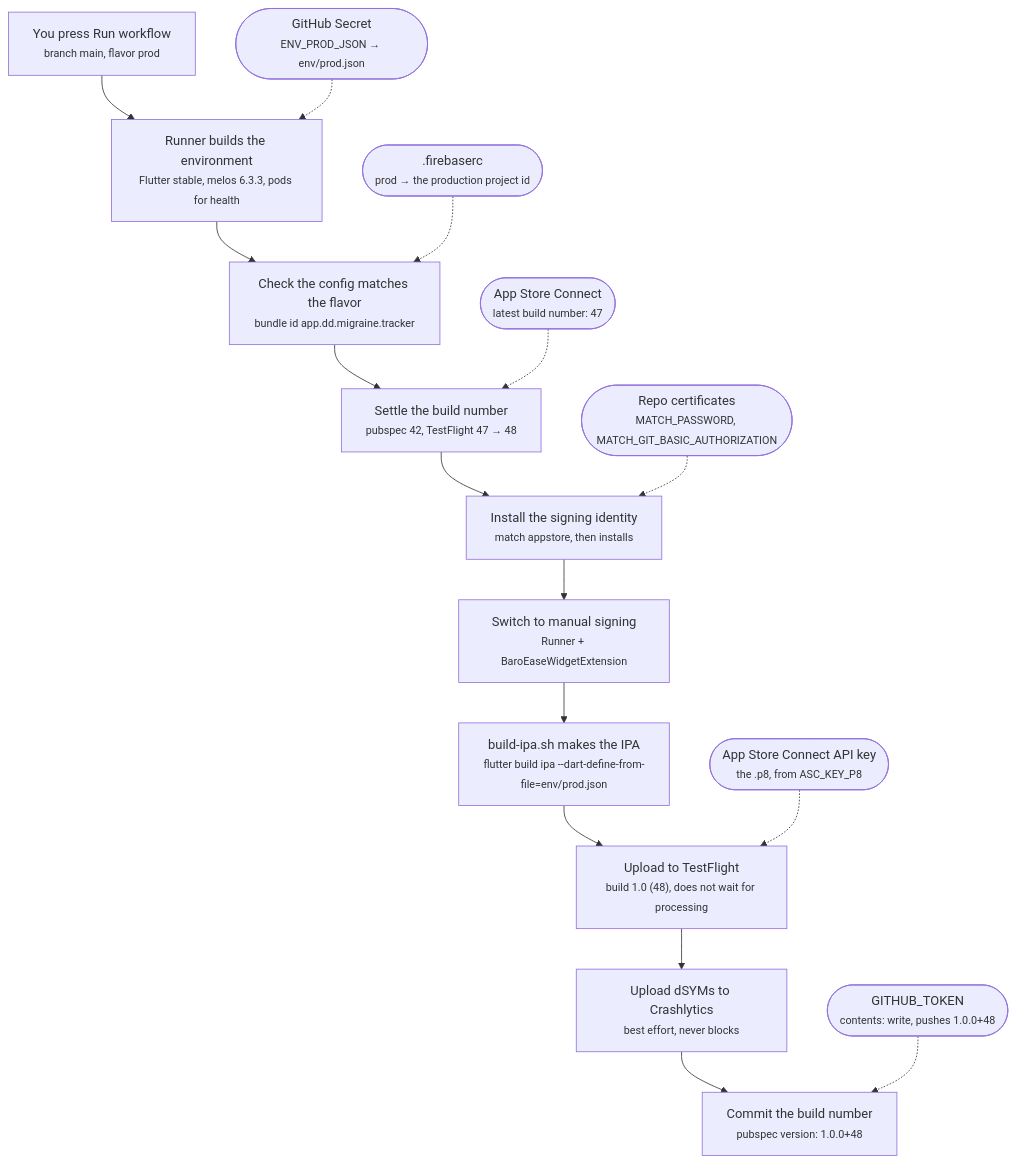
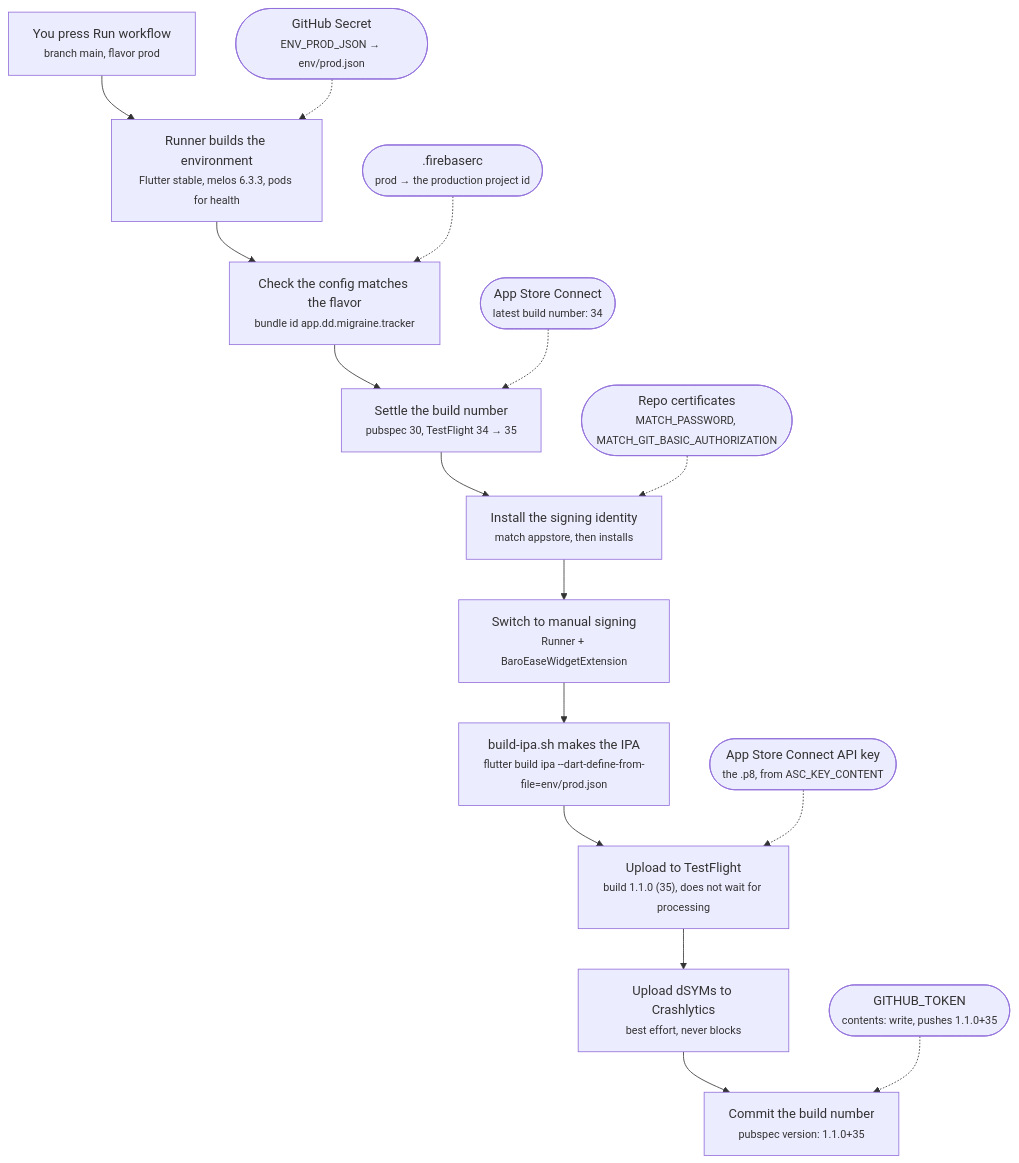
The diagram in docs/release/PIPELINE.md (DAMHONGDUC/migraine-tracker), drawn with Mermaid before and after one commit.

Commit message:
docs: release - pipeline diagram examples match the real version and secret names

````diff
--- a/docs/release/PIPELINE.md
+++ b/docs/release/PIPELINE.md
@@ -16,29 +16,29 @@
 ```mermaid
 flowchart TD
     trigger["You press Run workflow<br/><small>branch main, flavor prod</small>"]
     prep["Runner builds the environment<br/><small>Flutter stable, melos 6.3.3, pods for health</small>"]
     check["Check the config matches the flavor<br/><small>bundle id app.dd.migraine.tracker</small>"]
-    num["Settle the build number<br/><small>pubspec 42, TestFlight 47 → 48</small>"]
+    num["Settle the build number<br/><small>pubspec 30, TestFlight 34 → 35</small>"]
     certs["Install the signing identity<br/><small>match appstore, then installs</small>"]
     sign["Switch to manual signing<br/><small>Runner + BaroEaseWidgetExtension</small>"]
     build["build-ipa.sh makes the IPA<br/><small>flutter build ipa --dart-define-from-file=env/prod.json</small>"]
-    upload["Upload to TestFlight<br/><small>build 1.0 (48), does not wait for processing</small>"]
+    upload["Upload to TestFlight<br/><small>build 1.1.0 (35), does not wait for processing</small>"]
     dsym["Upload dSYMs to Crashlytics<br/><small>best effort, never blocks</small>"]
-    commit["Commit the build number<br/><small>pubspec version: 1.0.0+48</small>"]
+    commit["Commit the build number<br/><small>pubspec version: 1.1.0+35</small>"]
 
     envjson(["GitHub Secret<br/><small>ENV_PROD_JSON → env/prod.json</small>"])
     firebaserc([".firebaserc<br/><small>prod → the production project id</small>"])
-    asc1(["App Store Connect<br/><small>latest build number: 47</small>"])
+    asc1(["App Store Connect<br/><small>latest build number: 34</small>"])
     matchrepo(["Repo certificates<br/><small>MATCH_PASSWORD, MATCH_GIT_BASIC_AUTHORIZATION</small>"])
-    asc2(["App Store Connect API key<br/><small>the .p8, from ASC_KEY_P8</small>"])
-    token(["GITHUB_TOKEN<br/><small>contents: write, pushes 1.0.0+48</small>"])
+    asc2(["App Store Connect API key<br/><small>the .p8, from ASC_KEY_CONTENT</small>"])
+    token(["GITHUB_TOKEN<br/><small>contents: write, pushes 1.1.0+35</small>"])
 
     trigger --> prep --> check --> num --> certs --> sign --> build --> upload --> dsym --> commit
 
     envjson -.-> prep
     firebaserc -.-> check
     asc1 -.-> num
     matchrepo -.-> certs
     asc2 -.-> upload
     token -.-> commit
 ```
````
